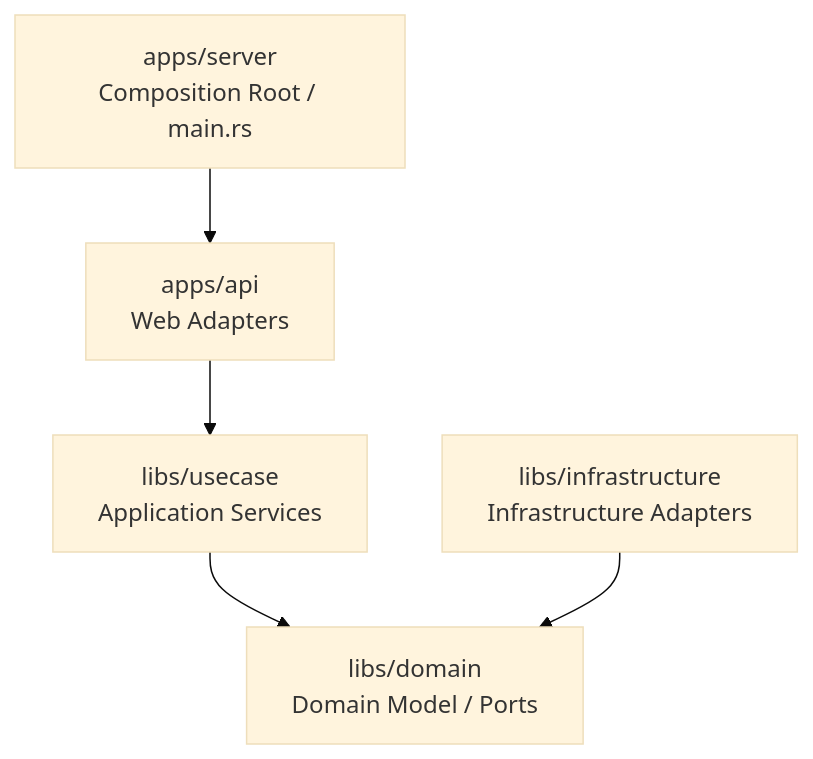
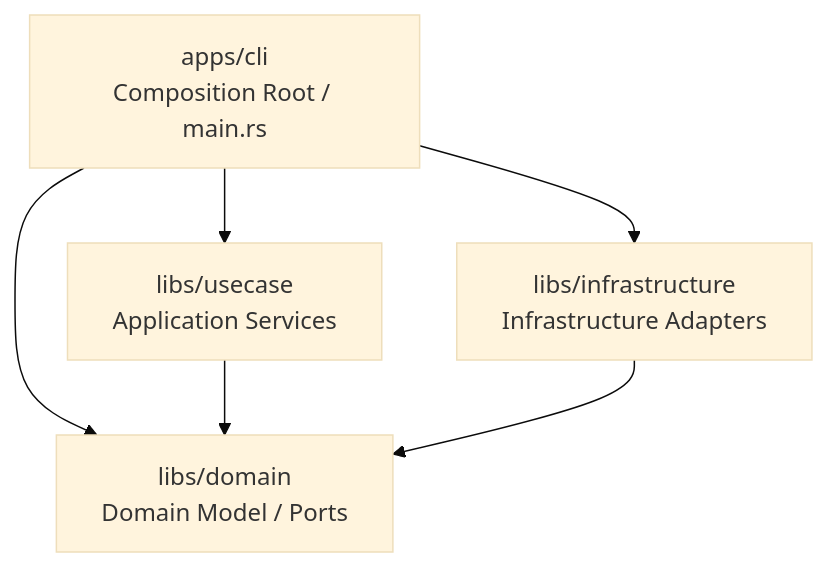
The first of 2 diagrams in .claude/docs/DESIGN.md (Flip451/SoTOHE-core), drawn with Mermaid (base theme) before and after one commit. The commit also changed other lines of this file and 13 other files, not shown here.

First line of the commit message:
feat: implement DMMF track state machine domain model

````diff
--- a/.claude/docs/DESIGN.md
+++ b/.claude/docs/DESIGN.md
@@ -15,7 +17,8 @@
 ```mermaid
 flowchart TD
-    Server[apps/server<br>Composition Root / main.rs] --> Api[apps/api<br>Web Adapters]
-    Api --> Usecase[libs/usecase<br>Application Services]
-    Usecase --> Domain[libs/domain<br>Domain Model / Ports]
-    Infra[libs/infrastructure<br>Infrastructure Adapters] --> Domain
+    CLI[apps/cli<br>Composition Root / main.rs] --> Usecase[libs/usecase<br>Application Services]
+    CLI --> Infra[libs/infrastructure<br>Infrastructure Adapters]
+    CLI --> Domain[libs/domain<br>Domain Model / Ports]
+    Usecase --> Domain
+    Infra --> Domain
 ```
````
